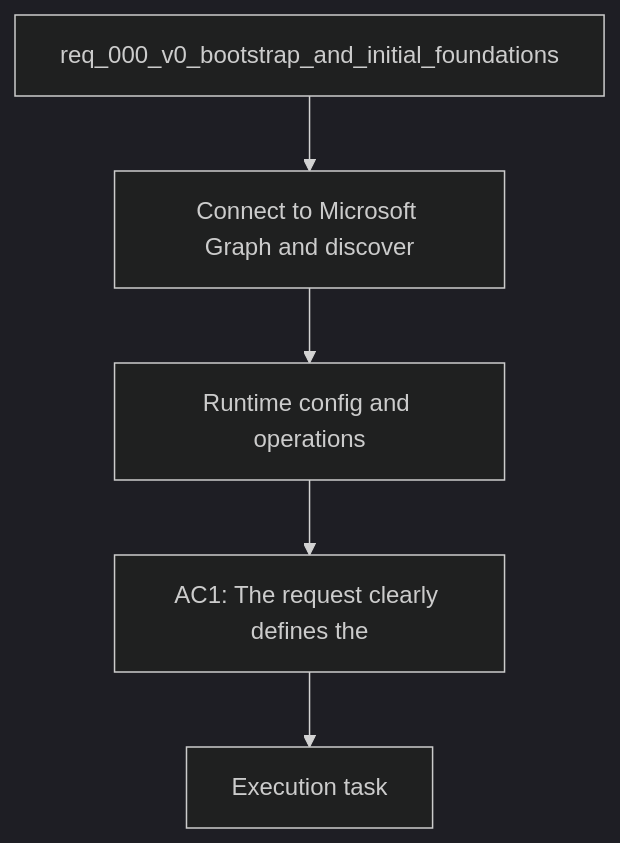
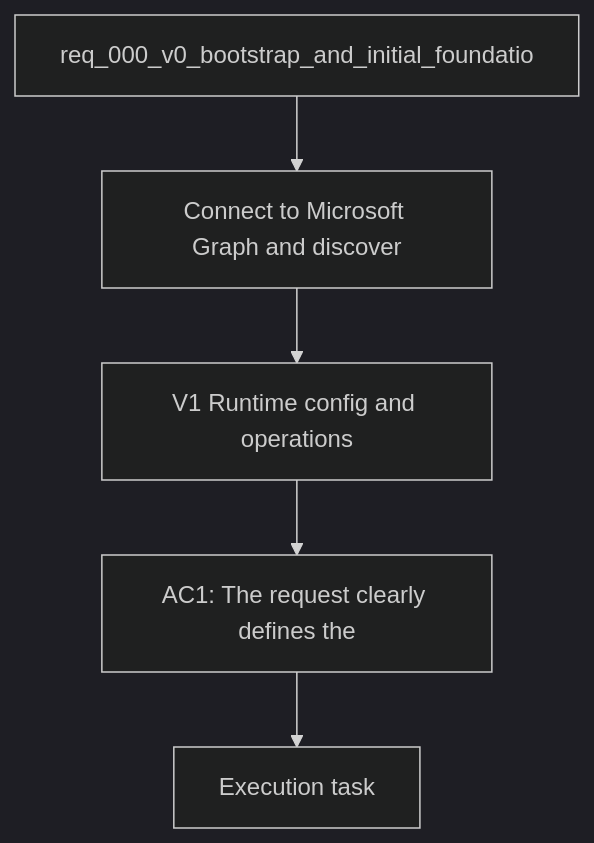
Before and after one commit to AlexAgo83/deepvault: the diagram in logics/backlog/item_005_v1_runtime_config_and_operations.md, drawn with Mermaid (dark theme). The commit also changed 28 other files, not shown here.

````diff
--- a/logics/backlog/item_005_v1_runtime_config_and_operations.md
+++ b/logics/backlog/item_005_v1_runtime_config_and_operations.md
@@ -26,9 +26,9 @@
 ```mermaid
 %% logics-kind: backlog
 %% logics-signature: backlog|v1-runtime-config-and-operations|req-000-v0-bootstrap-and-initial-foundat|connect-to-microsoft-graph-and-discover|ac1-the-request-clearly-defines-the
 flowchart TD
-    Request[req_000_v0_bootstrap_and_initial_foundations] --> Problem[Connect to Microsoft Graph and discover]
-    Problem --> Scope[Runtime config and operations]
+    Request[req_000_v0_bootstrap_and_initial_foundatio] --> Problem[Connect to Microsoft Graph and discover]
+    Problem --> Scope[V1 Runtime config and operations]
     Scope --> Acceptance[AC1: The request clearly defines the]
     Acceptance --> Tasks[Execution task]
 ```
````
